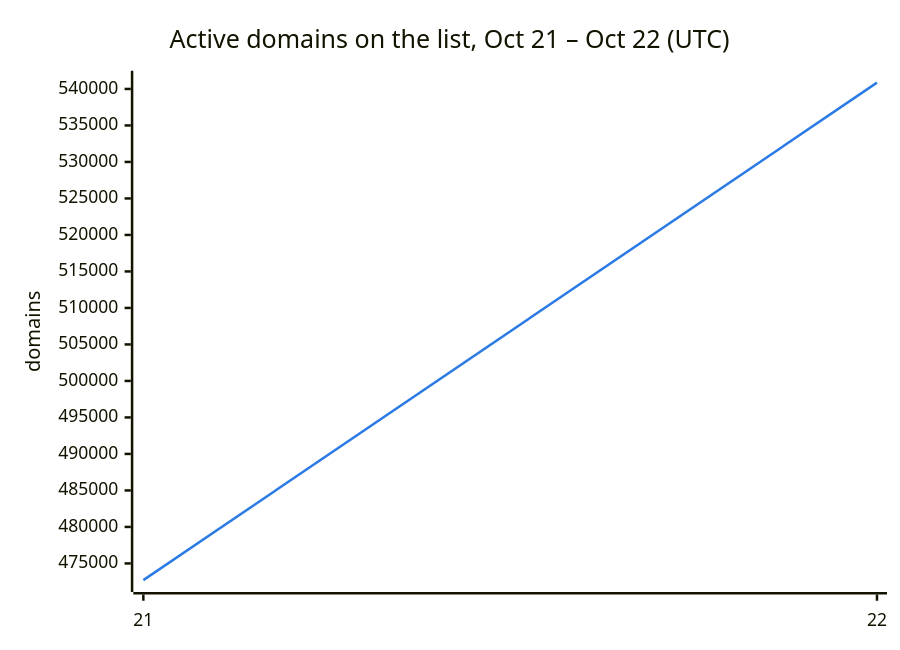
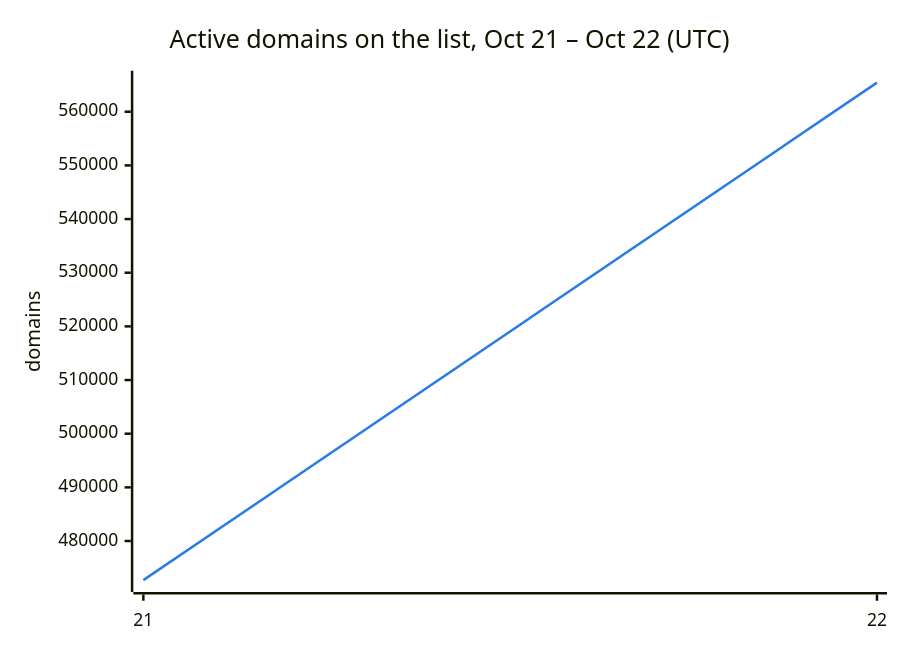
The second of 3 diagrams in README.md (DNSBunker/CTI), drawn with Mermaid before and after one commit. The commit also changed other lines of this file and 3 other files, not shown here.

````diff
--- a/README.md
+++ b/README.md
@@ -38,8 +38,8 @@
 ```mermaid
 %%{init: {"themeVariables": {"xyChart": {"plotColorPalette": "#2c7be5"}}}}%%
 xychart-beta
     title "Active domains on the list, Oct 21 – Oct 22 (UTC)"
     x-axis ["21", "22"]
     y-axis "domains"
-    line [472713, 540866]
+    line [472713, 565424]
 ```
````
